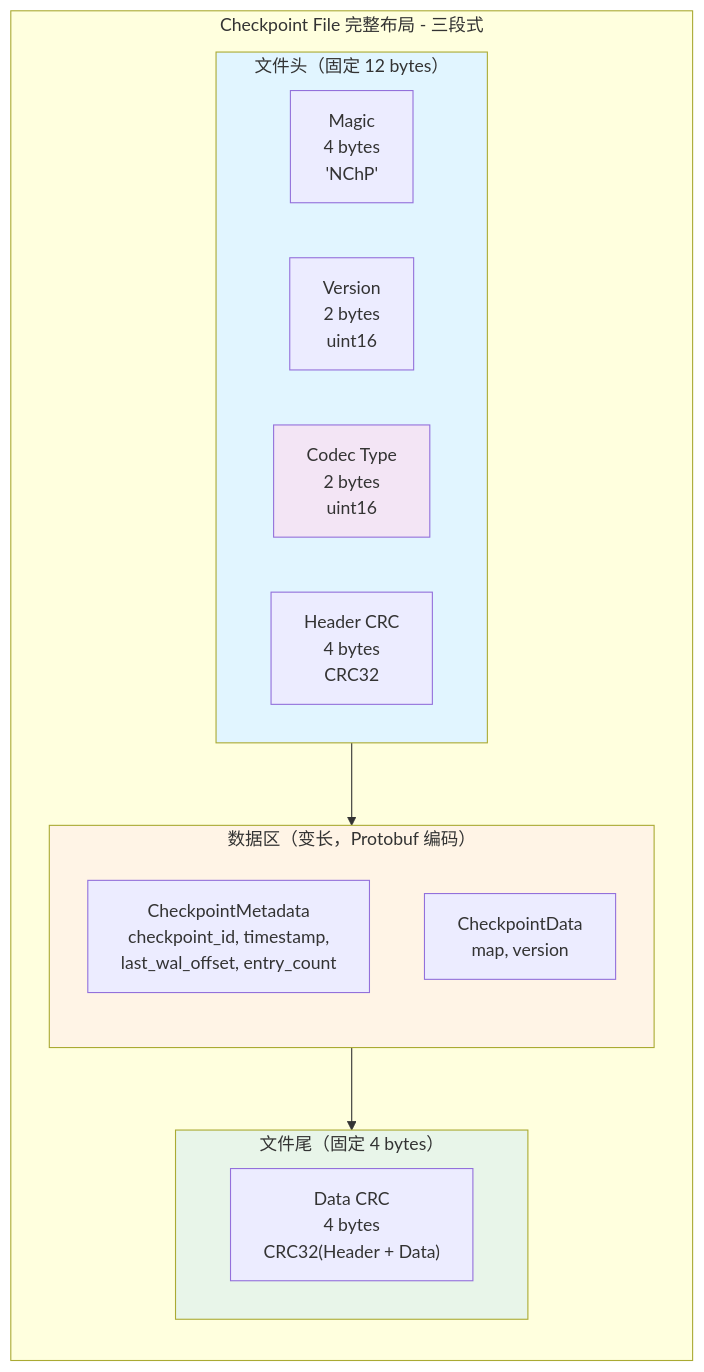
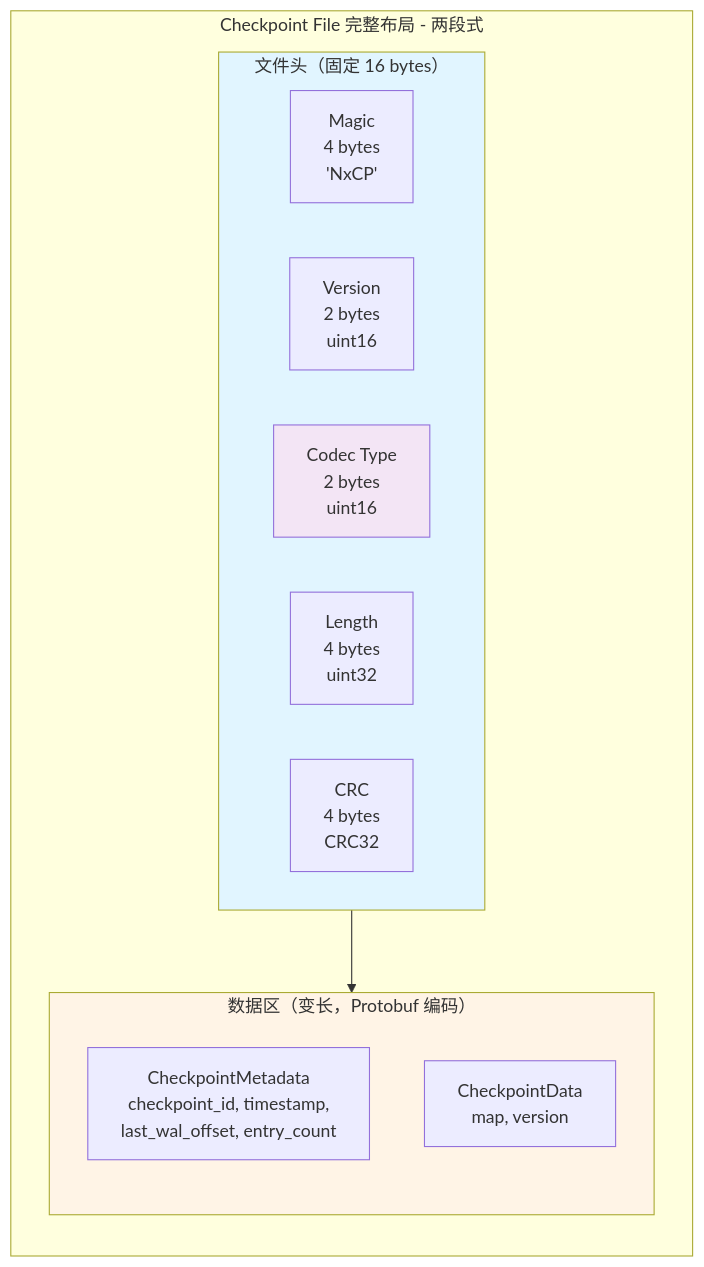
The third of 8 diagrams in docs/06_project_management/pr_documents/feature/2026-01-19_PR-003_WAL_Checkpoint_机制实现_Pre.md (jzhang405/NexKV), drawn with Mermaid before and after one commit. The commit also changed other lines of this file, not shown here.

Commit message:
docs(pr-003): 修正 Checkpoint 文件格式为两段式
主要变更:
- 修改魔术字: NChP -> NxCP (保持 NxKV 前缀一致)
- 文件头改为 16B: Magic(4) + Version(2) + Codec(2) + Length(4) + CRC(4)
- 移除文件尾 (去掉重复的 CRC)
- 与 Transport 帧格式完全一致
- 添加 Length 字段用于标识数据区大小

````diff
--- a/docs/06_project_management/pr_documents/feature/2026-01-19_PR-003_WAL_Checkpoint_机制实现_Pre.md
+++ b/docs/06_project_management/pr_documents/feature/2026-01-19_PR-003_WAL_Checkpoint_机制实现_Pre.md
@@ -208,32 +208,27 @@
 ```mermaid
 flowchart TD
-    subgraph CheckpointFile["Checkpoint File 完整布局 - 三段式"]
+    subgraph CheckpointFile["Checkpoint File 完整布局 - 两段式"]
         direction TB
 
-        subgraph Header["文件头（固定 12 bytes）"]
+        subgraph Header["文件头（固定 16 bytes）"]
             direction LR
-            H1["Magic<br/>4 bytes<br/>'NChP'"]
+            H1["Magic<br/>4 bytes<br/>'NxCP'"]
             H2["Version<br/>2 bytes<br/>uint16"]
             H3["Codec Type<br/>2 bytes<br/>uint16"]
-            H4["Header CRC<br/>4 bytes<br/>CRC32"]
+            H4["Length<br/>4 bytes<br/>uint32"]
+            H5["CRC<br/>4 bytes<br/>CRC32"]
         end
 
         subgraph Data["数据区（变长，Protobuf 编码）"]
             direction TB
             D1["CheckpointMetadata<br/>checkpoint_id, timestamp,<br/>last_wal_offset, entry_count"]
             D2["CheckpointData<br/>map<string, bytes>, version"]
         end
 
-        subgraph Trailer["文件尾（固定 4 bytes）"]
-            direction LR
-            T1["Data CRC<br/>4 bytes<br/>CRC32(Header + Data)"]
-        end
-
-        Header --> Data --> Trailer
+        Header --> Data
     end
 
     style Header fill:#e1f5ff
     style Data fill:#fff4e6
-    style Trailer fill:#e8f5e9
     style H3 fill:#f3e5f5
 ```
````
